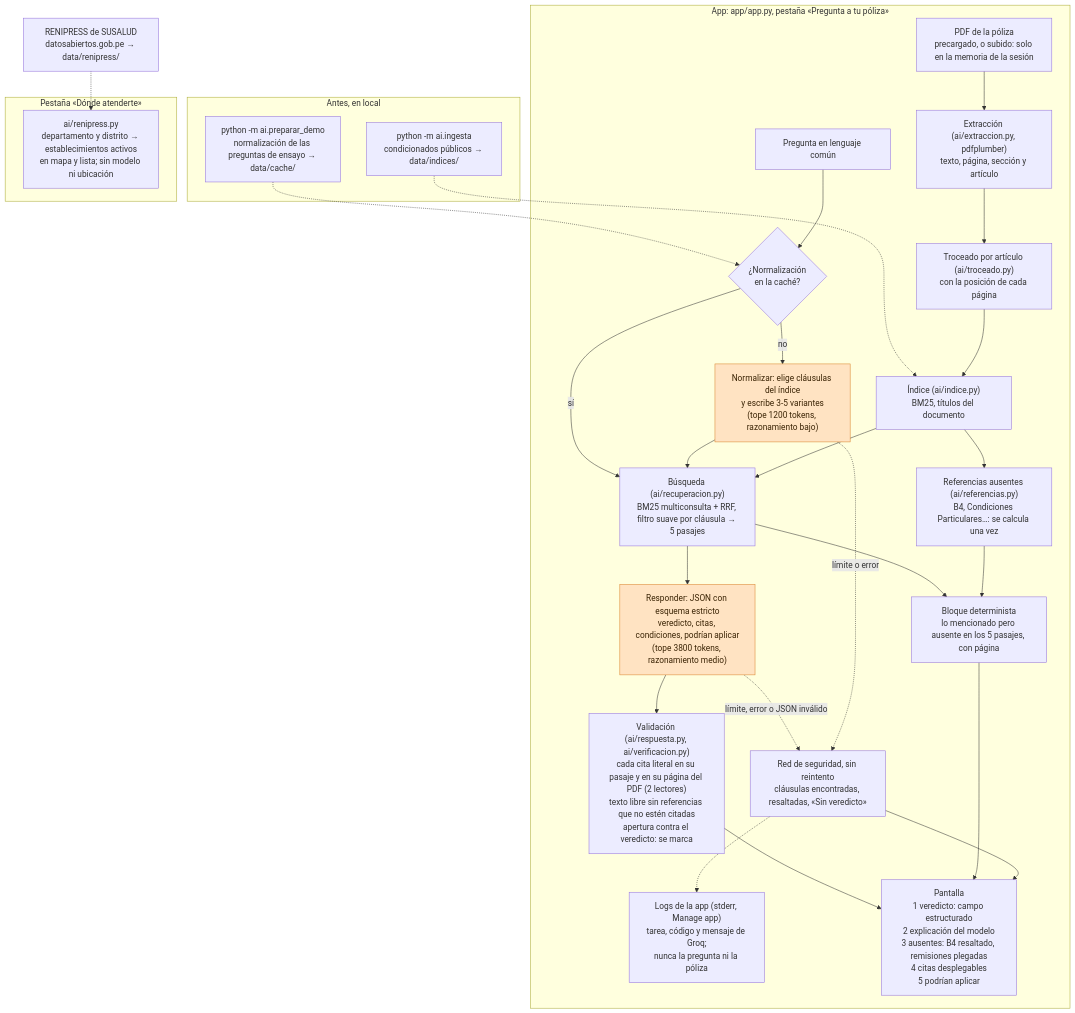
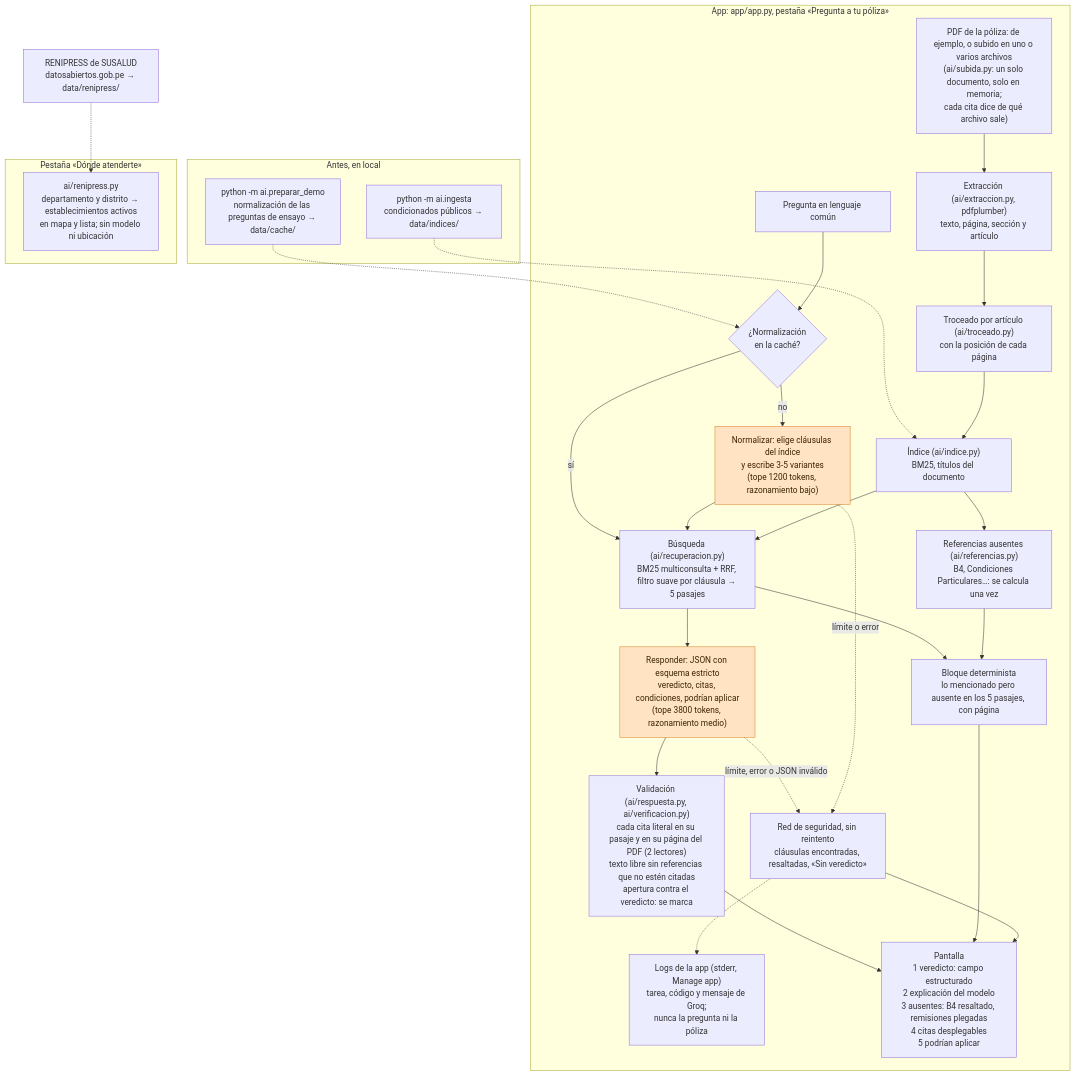
Before and after one commit to RenatoGates/que-me-cubre: the diagram in docs/arquitectura.md, drawn with Mermaid. The commit also changed 12 other files, not shown here.

````diff
--- a/docs/arquitectura.md
+++ b/docs/arquitectura.md
@@ -8,50 +8,50 @@
 ```mermaid
 flowchart TD
     subgraph Antes["Antes, en local"]
         ING["python -m ai.ingesta<br/>condicionados públicos → data/indices/"]
         PREP["python -m ai.preparar_demo<br/>normalización de las preguntas de ensayo → data/cache/"]
     end
 
     subgraph App["App: app/app.py, pestaña «Pregunta a tu póliza»"]
-        PDF["PDF de la póliza<br/>precargado, o subido: solo en la memoria de la sesión"]
+        PDF["PDF de la póliza: de ejemplo, o subido en uno o varios archivos<br/>(ai/subida.py: un solo documento, solo en memoria;<br/>cada cita dice de qué archivo sale)"]
         EXT["Extracción (ai/extraccion.py, pdfplumber)<br/>texto, página, sección y artículo"]
         TRO["Troceado por artículo (ai/troceado.py)<br/>con la posición de cada página"]
         IDX["Índice (ai/indice.py)<br/>BM25, títulos del documento"]
         AUS["Referencias ausentes (ai/referencias.py)<br/>B4, Condiciones Particulares…: se calcula una vez"]
         PREG["Pregunta en lenguaje común"]
         CACHE{"¿Normalización<br/>en la caché?"}
         NORM["Normalizar: elige cláusulas del índice<br/>y escribe 3-5 variantes<br/>(tope 1200 tokens, razonamiento bajo)"]
         REC["Búsqueda (ai/recuperacion.py)<br/>BM25 multiconsulta + RRF, filtro suave por cláusula → 5 pasajes"]
         RESP["Responder: JSON con esquema estricto<br/>veredicto, citas, condiciones, podrían aplicar<br/>(tope 3800 tokens, razonamiento medio)"]
         VER["Validación (ai/respuesta.py, ai/verificacion.py)<br/>cada cita literal en su pasaje y en su página del PDF (2 lectores)<br/>texto libre sin referencias que no estén citadas<br/>apertura contra el veredicto: se marca"]
         BLO["Bloque determinista<br/>lo mencionado pero ausente en los 5 pasajes, con página"]
         RED["Red de seguridad, sin reintento<br/>cláusulas encontradas, resaltadas, «Sin veredicto»"]
         LOG["Logs de la app (stderr, Manage app)<br/>tarea, código y mensaje de Groq;<br/>nunca la pregunta ni la póliza"]
         UI["Pantalla<br/>1 veredicto: campo estructurado<br/>2 explicación del modelo<br/>3 ausentes: B4 resaltado, remisiones plegadas<br/>4 citas desplegables<br/>5 podrían aplicar"]
     end
 
     subgraph Tab2["Pestaña «Dónde atenderte»"]
         MAPA["ai/renipress.py<br/>departamento y distrito → establecimientos activos<br/>en mapa y lista; sin modelo ni ubicación"]
     end
 
     RENI["RENIPRESS de SUSALUD<br/>datosabiertos.gob.pe → data/renipress/"]
 
     ING -.-> IDX
     PREP -.-> CACHE
     PDF --> EXT --> TRO --> IDX
     IDX --> AUS
     PREG --> CACHE
     CACHE -- sí --> REC
     CACHE -- no --> NORM --> REC
     IDX --> REC
     REC --> RESP --> VER --> UI
     REC --> BLO
     AUS --> BLO --> UI
     RESP -. "límite, error o JSON inválido" .-> RED --> UI
     NORM -. "límite o error" .-> RED
     RED -.-> LOG
     RENI -.-> MAPA
 
     classDef modelo fill:#ffe3c2,stroke:#d9822b,color:#3b2405
     class NORM,RESP modelo
 ```
````
